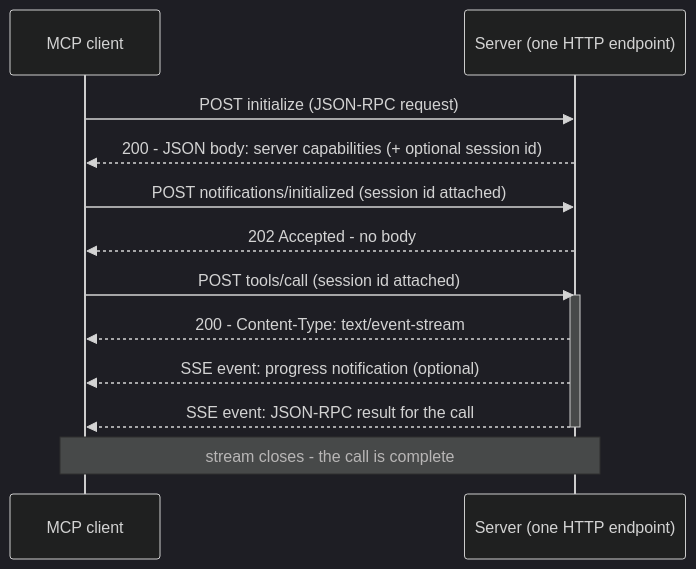
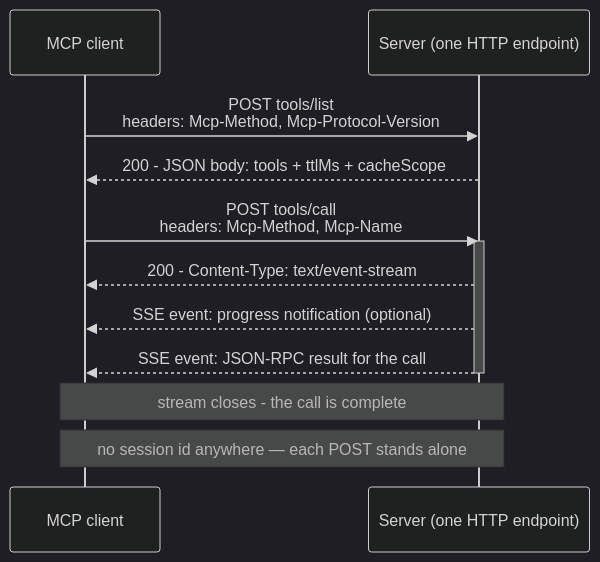
One commit to nitinpawar28/AI-learn changed the second of 3 diagrams in docs/part3-mcp/transports.md. Above: the diagram before and after it, drawn with Mermaid (dark theme). The commit also changed other lines of this file and 42 other files, not shown here.

````diff
--- a/docs/part3-mcp/transports.md
+++ b/docs/part3-mcp/transports.md
@@ -59,17 +87,16 @@
 ```mermaid
 sequenceDiagram
     participant C as MCP client
     participant S as Server (one HTTP endpoint)
 
-    C->>S: POST initialize (JSON-RPC request)
-    S-->>C: 200 - JSON body: server capabilities (+ optional session id)
-    C->>S: POST notifications/initialized (session id attached)
-    S-->>C: 202 Accepted - no body
-    C->>S: POST tools/call (session id attached)
+    C->>S: POST tools/list<br/>headers: Mcp-Method, Mcp-Protocol-Version
+    S-->>C: 200 - JSON body: tools + ttlMs + cacheScope
+    C->>S: POST tools/call<br/>headers: Mcp-Method, Mcp-Name
     activate S
     S-->>C: 200 - Content-Type: text/event-stream
     S-->>C: SSE event: progress notification (optional)
     S-->>C: SSE event: JSON-RPC result for the call
     deactivate S
     Note over C,S: stream closes - the call is complete
+    Note over C,S: no session id anywhere — each POST stands alone
 ```
````
